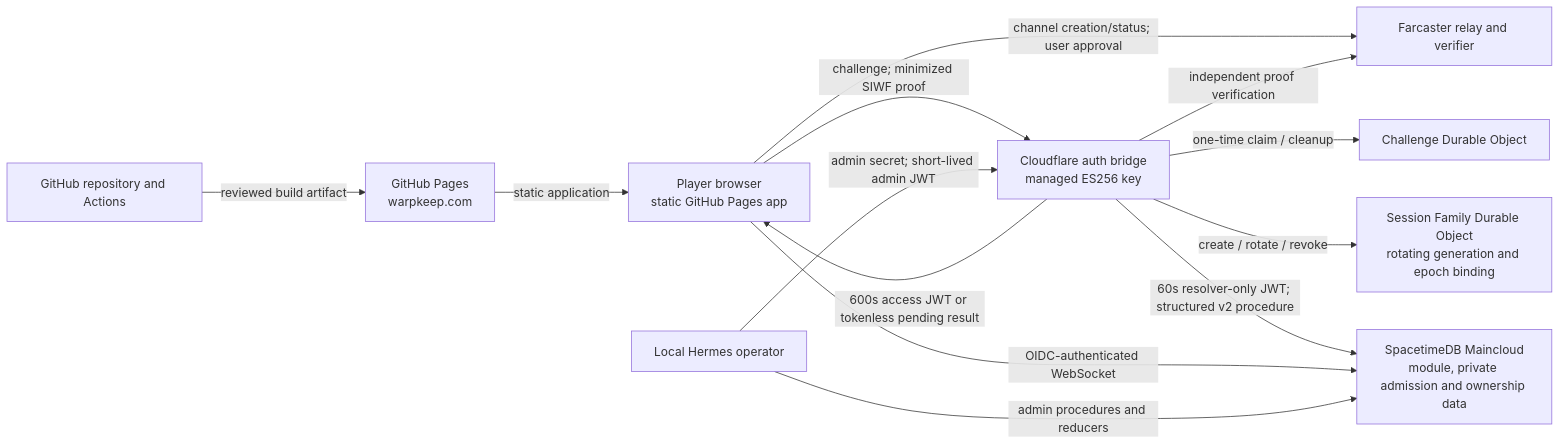
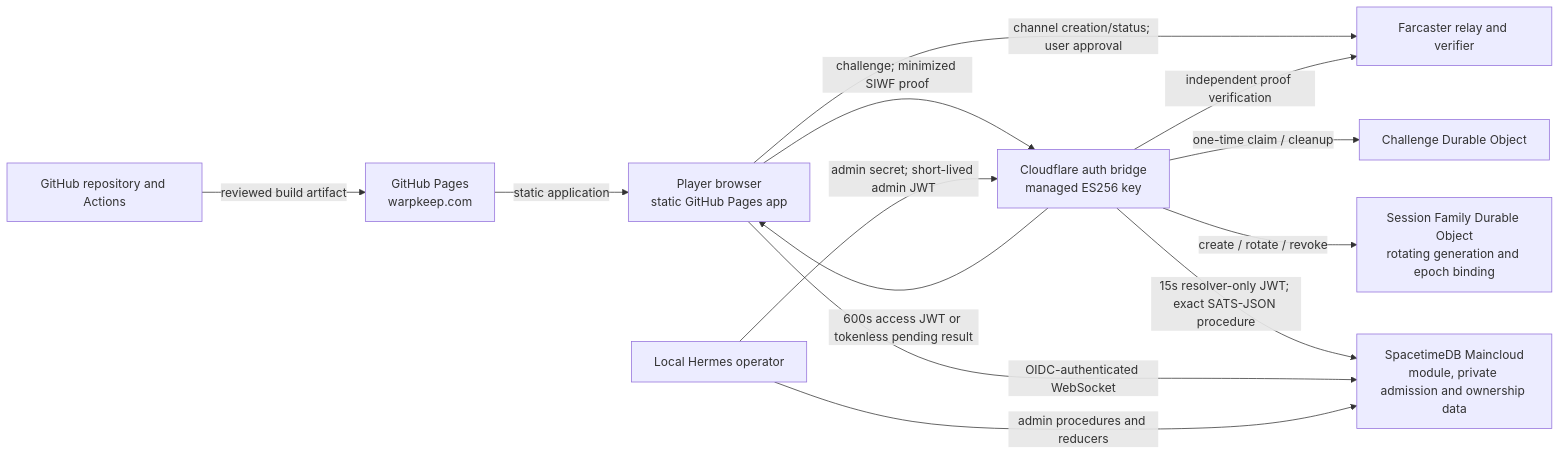
One commit to ael-dev3/Warpkeep changed the diagram in docs/security/threat-model.md. Above: the diagram before and after it, drawn with Mermaid. The commit also changed other lines of this file and 25 other files, not shown here.

````diff
--- a/docs/security/threat-model.md
+++ b/docs/security/threat-model.md
@@ -53,25 +53,25 @@
 ```mermaid
 flowchart LR
   Browser["Player browser\nstatic GitHub Pages app"]
   Farcaster["Farcaster relay and verifier"]
   Bridge["Cloudflare auth bridge\nmanaged ES256 key"]
   Guard["Challenge Durable Object"]
   Family["Session Family Durable Object\nrotating generation and epoch binding"]
   STDB["SpacetimeDB Maincloud\nmodule, private admission and ownership data"]
   Hermes["Local Hermes operator"]
   GitHub["GitHub repository and Actions"]
   Pages["GitHub Pages\nwarpkeep.com"]
 
   Browser -->|"channel creation/status; user approval"| Farcaster
   Browser -->|"challenge; minimized SIWF proof"| Bridge
   Bridge -->|"one-time claim / cleanup"| Guard
   Bridge -->|"create / rotate / revoke"| Family
   Bridge -->|"independent proof verification"| Farcaster
-  Bridge -->|"60s resolver-only JWT; structured v2 procedure"| STDB
+  Bridge -->|"15s resolver-only JWT; exact SATS-JSON procedure"| STDB
   Bridge -->|"600s access JWT or tokenless pending result"| Browser
   Browser -->|"OIDC-authenticated WebSocket"| STDB
   Hermes -->|"admin secret; short-lived admin JWT"| Bridge
   Hermes -->|"admin procedures and reducers"| STDB
   GitHub -->|"reviewed build artifact"| Pages
   Pages -->|"static application"| Browser
 ```
````
